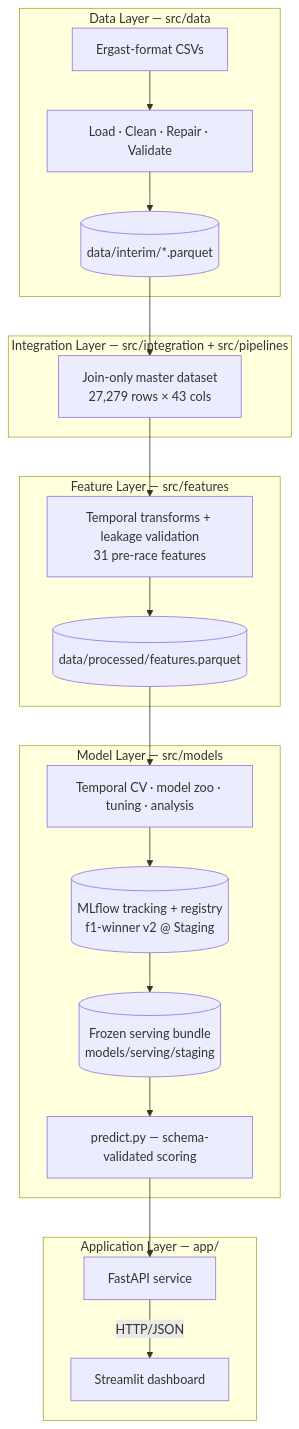
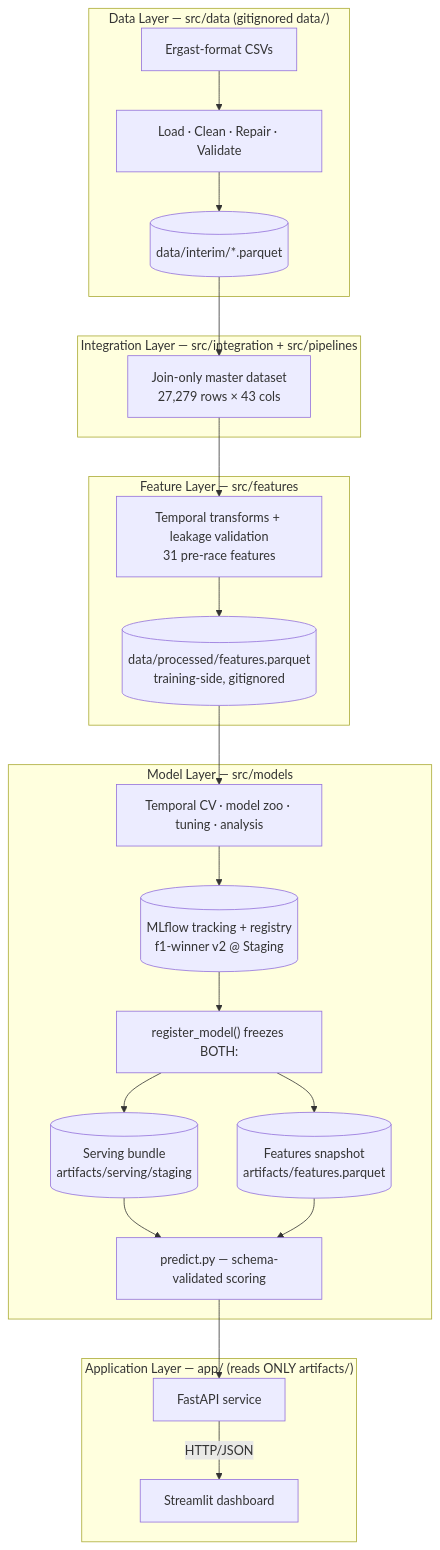
One commit to Aditya5309/f1-race-intelligence-platform changed the diagram in README.md. Above: the diagram before and after it, drawn with Mermaid. The commit also changed other lines of this file and 23 other files, not shown here.

Commit message:
refactor: separate runtime artifacts from training artifacts

````diff
--- a/README.md
+++ b/README.md
@@ -89,24 +89,27 @@
 ```mermaid
 flowchart TB
-    subgraph DATA["Data Layer — src/data"]
+    subgraph DATA["Data Layer — src/data (gitignored data/)"]
         A[Ergast-format CSVs] --> B[Load · Clean · Repair · Validate]
         B --> C[(data/interim/*.parquet)]
     end
     subgraph INT["Integration Layer — src/integration + src/pipelines"]
         C --> D[Join-only master dataset<br/>27,279 rows × 43 cols]
     end
     subgraph FEAT["Feature Layer — src/features"]
         D --> E[Temporal transforms + leakage validation<br/>31 pre-race features]
-        E --> F[(data/processed/features.parquet)]
+        E --> F[(data/processed/features.parquet<br/>training-side, gitignored)]
     end
     subgraph MODEL["Model Layer — src/models"]
         F --> G[Temporal CV · model zoo · tuning · analysis]
         G --> H[(MLflow tracking + registry<br/>f1-winner v2 @ Staging)]
-        H --> H2[(Frozen serving bundle<br/>models/serving/staging)]
-        H2 --> I[predict.py — schema-validated scoring]
+        H --> H2["register_model() freezes BOTH:"]
+        H2 --> RB[(Serving bundle<br/>artifacts/serving/staging)]
+        H2 --> RF[(Features snapshot<br/>artifacts/features.parquet)]
+        RB --> I[predict.py — schema-validated scoring]
+        RF --> I
     end
-    subgraph APP["Application Layer — app/"]
+    subgraph APP["Application Layer — app/ (reads ONLY artifacts/)"]
         I --> J[FastAPI service]
         J -->|HTTP/JSON| K[Streamlit dashboard]
     end
 ```
````
